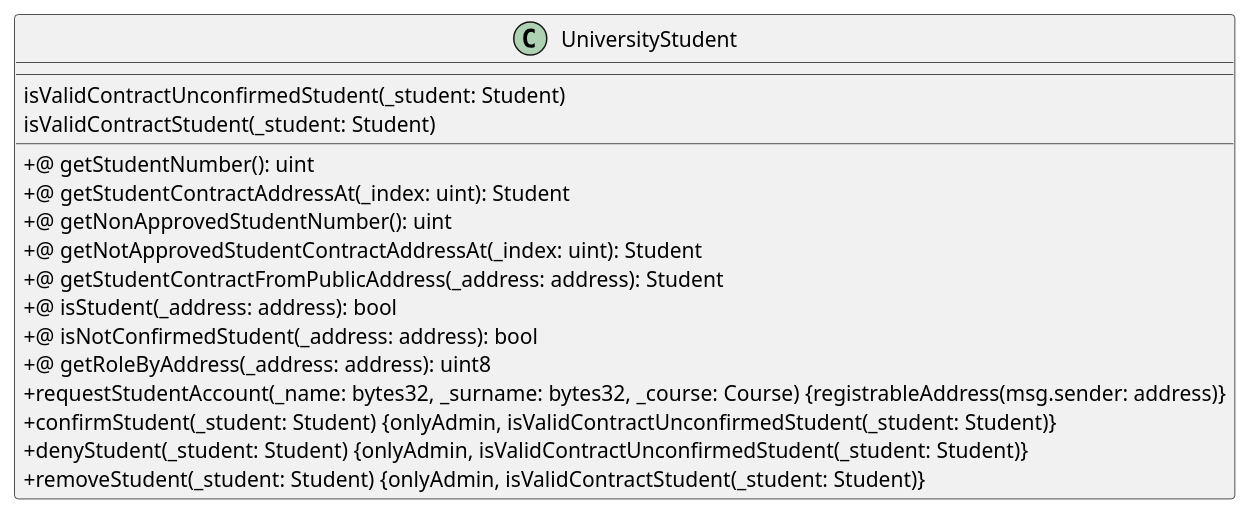
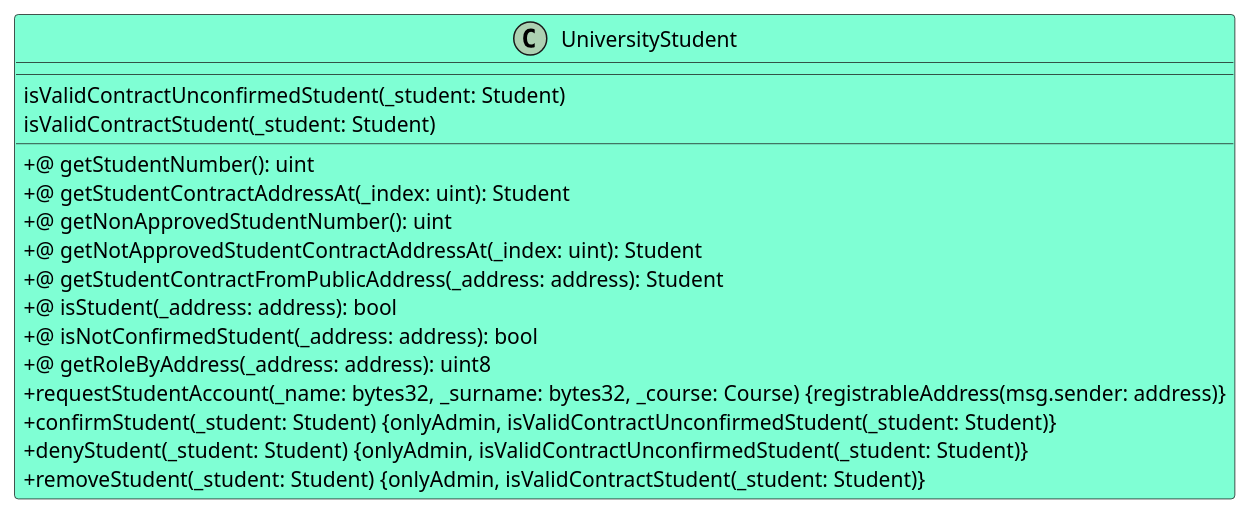
The diagram in Solidity/Contracts/UniversityStudent.iuml (M9k/Marvin-Uml), drawn with PlantUML before and after one commit. The commit also changed 9 other files, not shown here.

```diff
--- a/Solidity/Contracts/UniversityStudent.iuml
+++ b/Solidity/Contracts/UniversityStudent.iuml
@@ -1,21 +1,21 @@
 @startuml
 skinparam classAttributeIconSize 0
-class UniversityStudent {
+class UniversityStudent #AquaMarine {
 __
 isValidContractUnconfirmedStudent(_student: Student)
 isValidContractStudent(_student: Student)
 __
 +@ getStudentNumber(): uint
 +@ getStudentContractAddressAt(_index: uint): Student
 +@ getNonApprovedStudentNumber(): uint
 +@ getNotApprovedStudentContractAddressAt(_index: uint): Student
 +@ getStudentContractFromPublicAddress(_address: address): Student
 +@ isStudent(_address: address): bool
 +@ isNotConfirmedStudent(_address: address): bool
 +@ getRoleByAddress(_address: address): uint8
 + requestStudentAccount(_name: bytes32, _surname: bytes32, _course: Course) {registrableAddress(msg.sender: address)}
 + confirmStudent(_student: Student) {onlyAdmin, isValidContractUnconfirmedStudent(_student: Student)}
 + denyStudent(_student: Student) {onlyAdmin, isValidContractUnconfirmedStudent(_student: Student)}
 + removeStudent(_student: Student) {onlyAdmin, isValidContractStudent(_student: Student)}
 }
 @enduml
```
